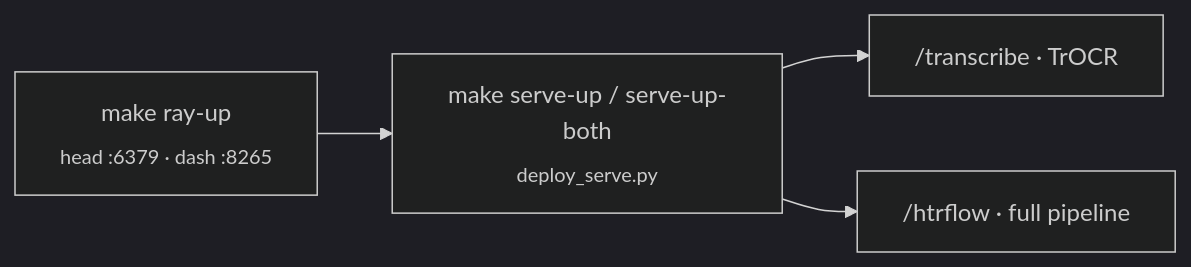
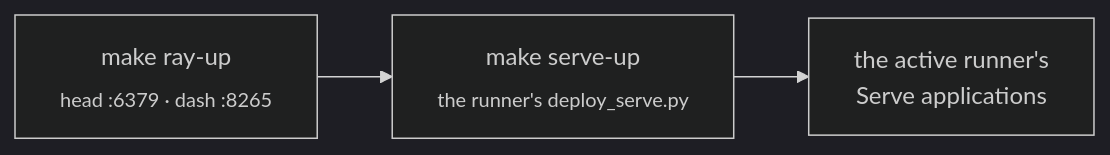
The diagram in docs/architecture/deployment.md (AI-Riksarkivet/rask), drawn with Mermaid (dark theme) before and after one commit. The commit also changed other lines of this file and 67 other files, not shown here.

````diff
--- a/docs/architecture/deployment.md
+++ b/docs/architecture/deployment.md
@@ -67,6 +67,5 @@
 ```mermaid
 flowchart LR
-    rayup["make ray-up<br/><sub>head :6379 · dash :8265</sub>"] --> serveup["make serve-up / serve-up-both<br/><sub>deploy_serve.py</sub>"]
-    serveup --> t["/transcribe · TrOCR"]
-    serveup --> h["/htrflow · full pipeline"]
+    rayup["make ray-up<br/><sub>head :6379 · dash :8265</sub>"] --> serveup["make serve-up<br/><sub>the runner's deploy_serve.py</sub>"]
+    serveup --> apps["the active runner's<br/>Serve applications"]
 ```
````
